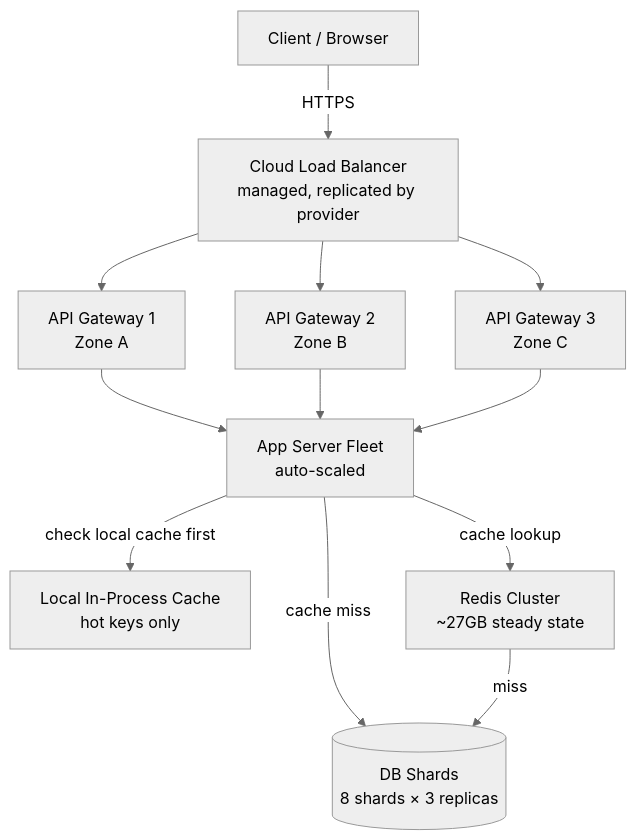
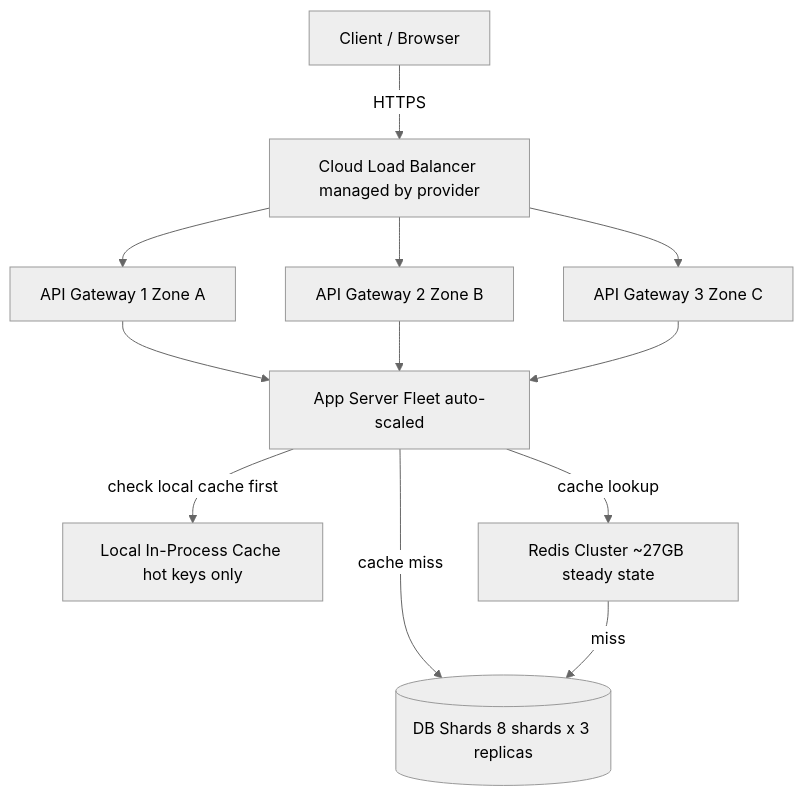
One commit to Dummy-Bug/system-design-handbook changed the diagram in System Design/SDE2/11-Case-Studies/01-URL-Shortener/06-Deep-Dives/03-Peak-Traffic/05-Updated-Architecture.md. Above: the diagram before and after it, drawn with Mermaid (neutral theme). The commit also changed 13 other files, not shown here.

````diff
--- a/System Design/SDE2/11-Case-Studies/01-URL-Shortener/06-Deep-Dives/03-Peak-Traffic/05-Updated-Architecture.md
+++ b/System Design/SDE2/11-Case-Studies/01-URL-Shortener/06-Deep-Dives/03-Peak-Traffic/05-Updated-Architecture.md
@@ -9,12 +9,12 @@
 ```mermaid
 graph TD
-    C[Client / Browser] -->|HTTPS| CLB[Cloud Load Balancer\nmanaged, replicated by provider]
-    CLB --> GW1[API Gateway 1\nZone A]
-    CLB --> GW2[API Gateway 2\nZone B]
-    CLB --> GW3[API Gateway 3\nZone C]
-    GW1 & GW2 & GW3 --> AS[App Server Fleet\nauto-scaled]
-    AS -->|check local cache first| LC[Local In-Process Cache\nhot keys only]
-    AS -->|cache lookup| RC[Redis Cluster\n~27GB steady state]
-    AS -->|cache miss| DB[(DB Shards\n8 shards × 3 replicas)]
+    C[Client / Browser] -->|HTTPS| CLB[Cloud Load Balancer managed by provider]
+    CLB --> GW1[API Gateway 1 Zone A]
+    CLB --> GW2[API Gateway 2 Zone B]
+    CLB --> GW3[API Gateway 3 Zone C]
+    GW1 & GW2 & GW3 --> AS[App Server Fleet auto-scaled]
+    AS -->|check local cache first| LC[Local In-Process Cache hot keys only]
+    AS -->|cache lookup| RC[Redis Cluster ~27GB steady state]
+    AS -->|cache miss| DB[(DB Shards 8 shards x 3 replicas)]
     RC -->|miss| DB
 ```
````
